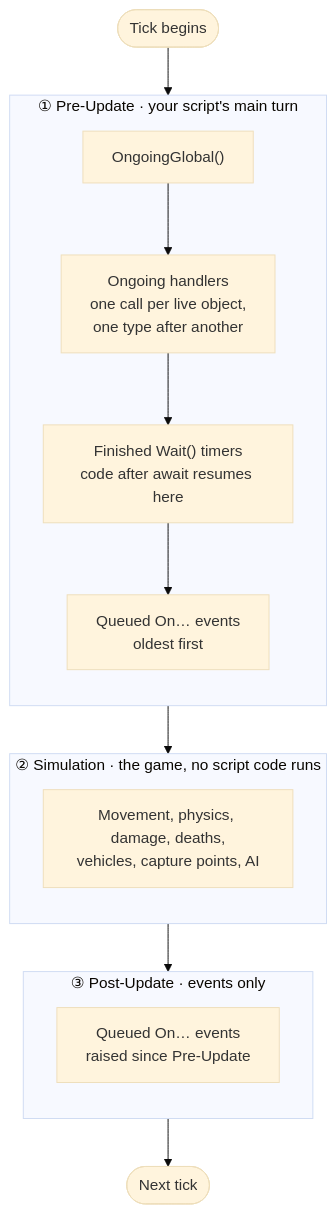
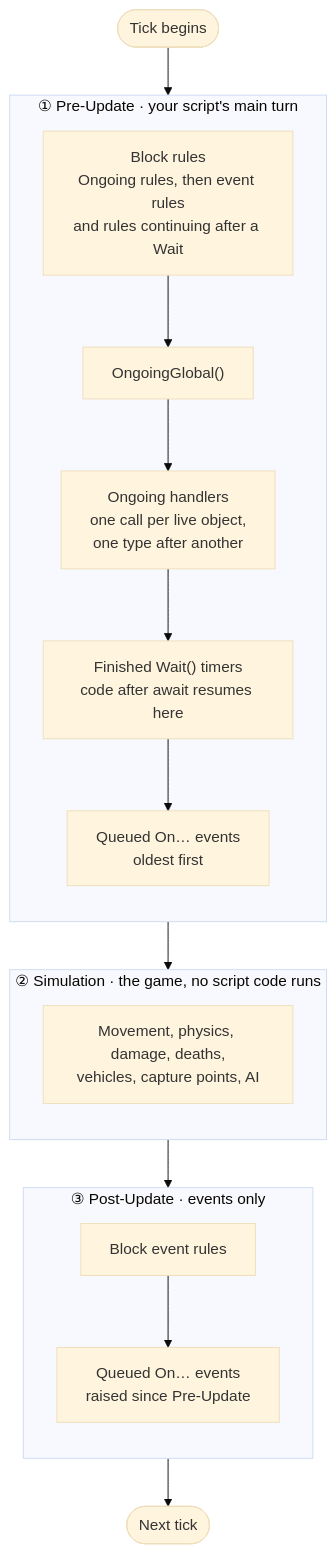
Before and after one commit to dfanz0r/bf6-portal-docs: the first of 3 diagrams in event-loop.md, drawn with Mermaid (base theme). The commit also changed other lines of this file and 1 other file, not shown here.

````diff
--- a/event-loop.md
+++ b/event-loop.md
@@ -21,27 +23,29 @@
 ```mermaid
 flowchart TB
     START(["Tick begins"]) --> PRE
 
     subgraph PRE["① Pre-Update · your script's main turn"]
         direction TB
+        B1["Block rules<br/>Ongoing rules, then event rules<br/>and rules continuing after a Wait"] --> G
         G["OngoingGlobal()"] --> O["Ongoing handlers<br/>one call per live object,<br/>one type after another"]
         O --> W["Finished Wait() timers<br/>code after await resumes here"]
         W --> E1["Queued On… events<br/>oldest first"]
     end
 
     PRE --> SIM
 
     subgraph SIM["② Simulation · the game, no script code runs"]
         direction TB
         S["Movement, physics, damage, deaths,<br/>vehicles, capture points, AI"]
     end
 
     SIM --> POST
 
     subgraph POST["③ Post-Update · events only"]
         direction TB
+        B2["Block event rules"] --> E2
         E2["Queued On… events<br/>raised since Pre-Update"]
     end
 
     POST --> NEXT(["Next tick"])
 ```
````
